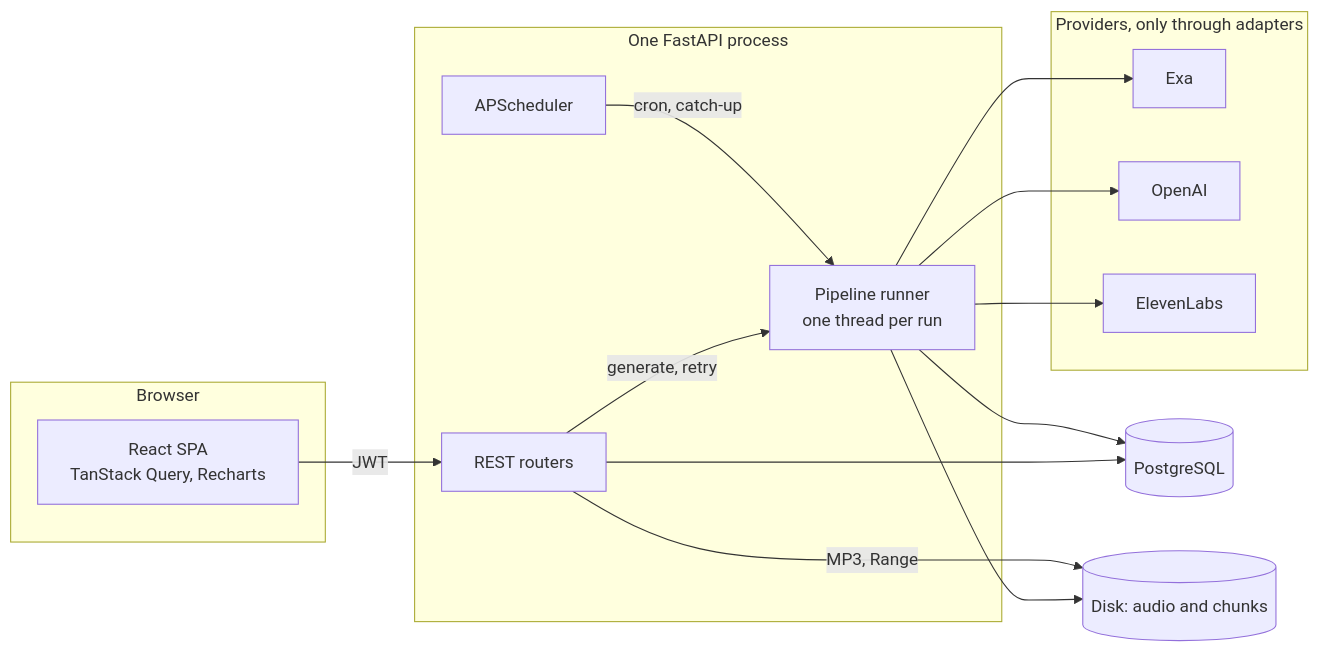
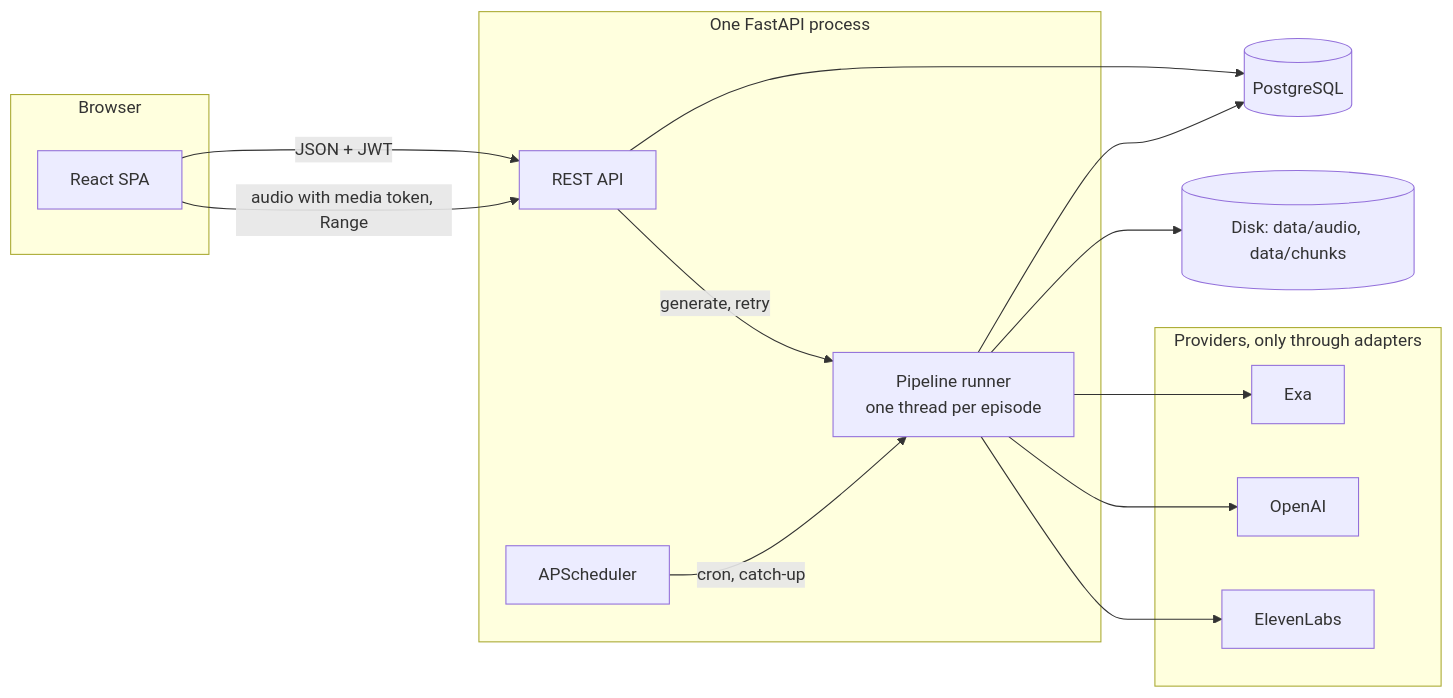
Before and after one commit to mpenalverguilera/podcast-generator: the first of 4 diagrams in solution.md, drawn with Mermaid. The commit also changed other lines of this file and 1 other file, not shown here.

````diff
--- a/solution.md
+++ b/solution.md
@@ -53,28 +51,28 @@
 ```mermaid
 flowchart LR
   subgraph Browser["Browser"]
-    SPA["React SPA<br/>TanStack Query, Recharts"]
+    SPA["React SPA"]
   end
   subgraph Proc["One FastAPI process"]
-    API["REST routers"]
+    API["REST API"]
     SCH["APScheduler"]
-    RUN["Pipeline runner<br/>one thread per run"]
+    RUN["Pipeline runner<br/>one thread per episode"]
   end
   DB[("PostgreSQL")]
-  FS[("Disk: audio and chunks")]
+  FS[("Disk: data/audio, data/chunks")]
   subgraph Ext["Providers, only through adapters"]
     EXA["Exa"]
     OAI["OpenAI"]
     EL["ElevenLabs"]
   end
-  SPA -->|"JWT"| API
+  SPA -->|"JSON + JWT"| API
+  SPA -->|"audio with media token, Range"| API
   API --> DB
   API -->|"generate, retry"| RUN
   SCH -->|"cron, catch-up"| RUN
   RUN --> DB
   RUN --> FS
   RUN --> EXA
   RUN --> OAI
   RUN --> EL
-  API -->|"MP3, Range"| FS
 ```
````
